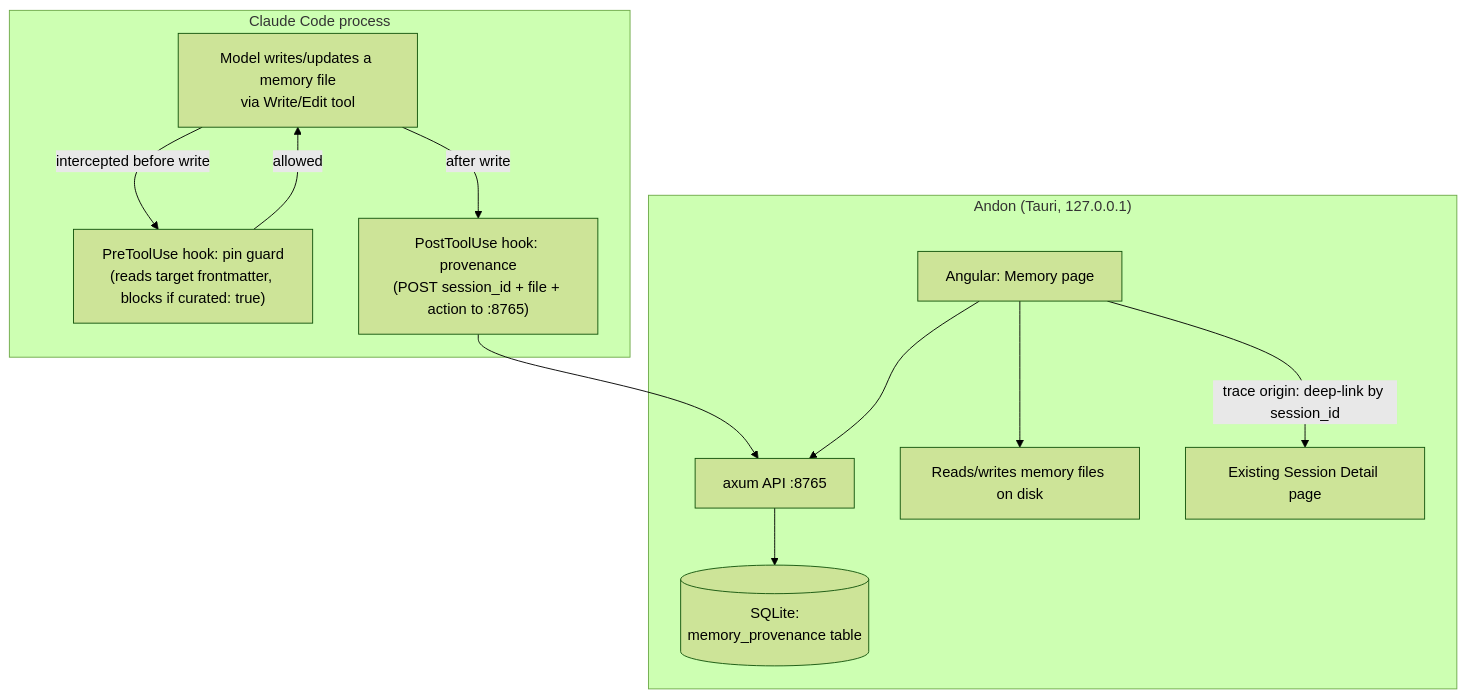
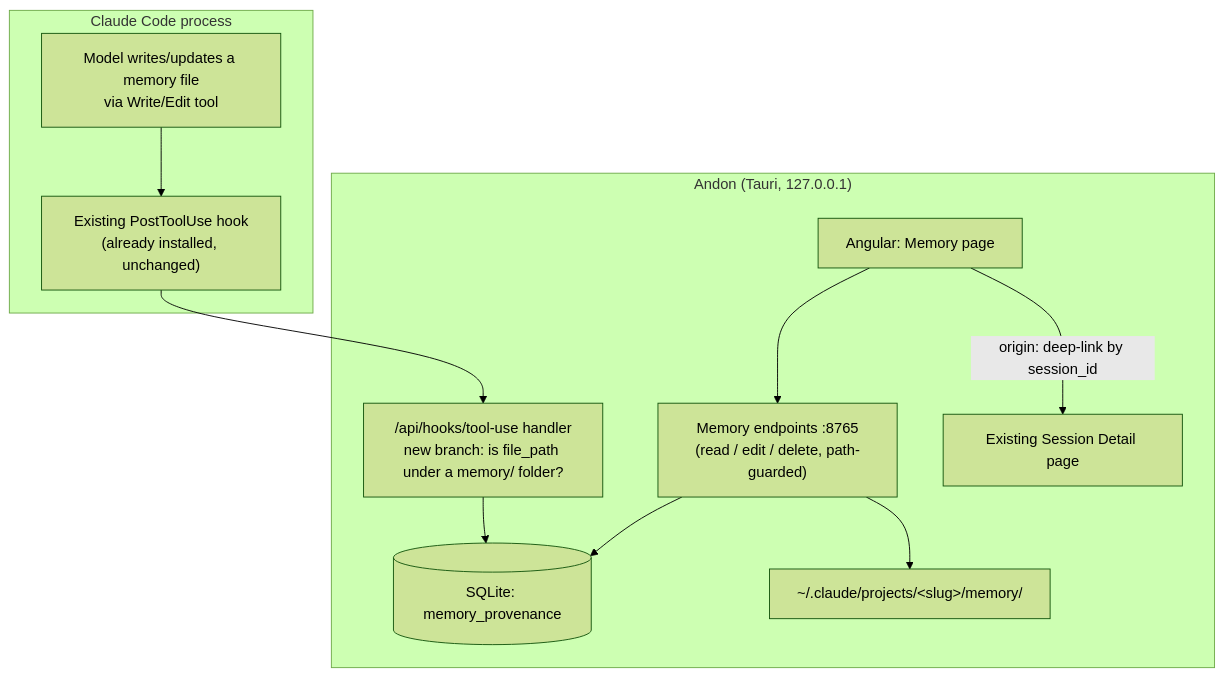
Before and after one commit to satish-krishna/andon: the diagram in docs/superpowers/specs/2026-07-16-memory-browser-design.md, drawn with Mermaid (forest theme). The commit also changed other lines of this file, not shown here.

First line of the commit message:
docs(memory-browser): cut pinning and summarizer from v1 scope

````diff
--- a/docs/superpowers/specs/2026-07-16-memory-browser-design.md
+++ b/docs/superpowers/specs/2026-07-16-memory-browser-design.md
@@ -61,24 +61,21 @@
 ```mermaid
 flowchart TD
     subgraph cc["Claude Code process"]
         model["Model writes/updates a memory file<br/>via Write/Edit tool"]
-        pre["PreToolUse hook: pin guard<br/>(reads target frontmatter, blocks if curated: true)"]
-        post["PostToolUse hook: provenance<br/>(POST session_id + file + action to :8765)"]
+        post["Existing PostToolUse hook<br/>(already installed, unchanged)"]
     end
 
     subgraph andon["Andon (Tauri, 127.0.0.1)"]
-        api["axum API :8765"]
-        db[("SQLite:<br/>memory_provenance table")]
-        fs["Reads/writes memory files on disk"]
+        handler["/api/hooks/tool-use handler<br/>new branch: is file_path under a memory/ folder?"]
+        db[("SQLite: memory_provenance")]
+        mem["Memory endpoints :8765<br/>(read / edit / delete, path-guarded)"]
         ui["Angular: Memory page"]
         detail["Existing Session Detail page"]
+        fs["~/.claude/projects/&lt;slug&gt;/memory/"]
     end
 
-    model -->|intercepted before write| pre
-    pre -->|allowed| model
-    model -->|after write| post
-    post --> api --> db
-    ui --> fs
-    ui --> api
-    ui -->|"trace origin: deep-link by session_id"| detail
+    model --> post --> handler --> db
+    ui --> mem --> fs
+    mem --> db
+    ui -->|"origin: deep-link by session_id"| detail
 ```
````
